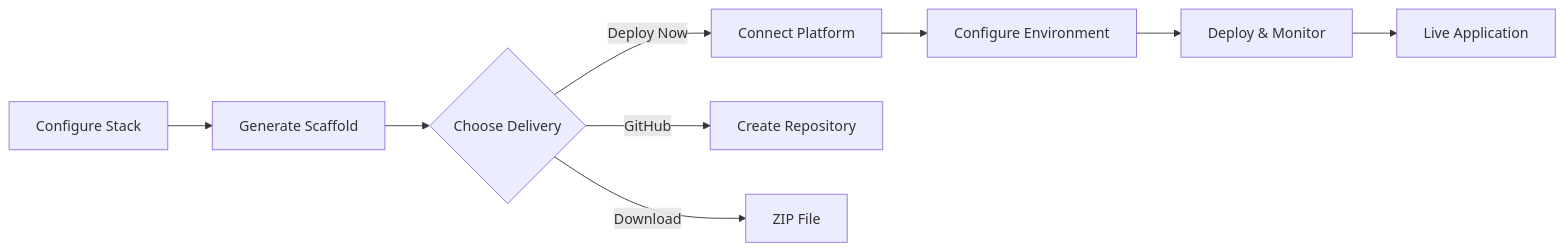
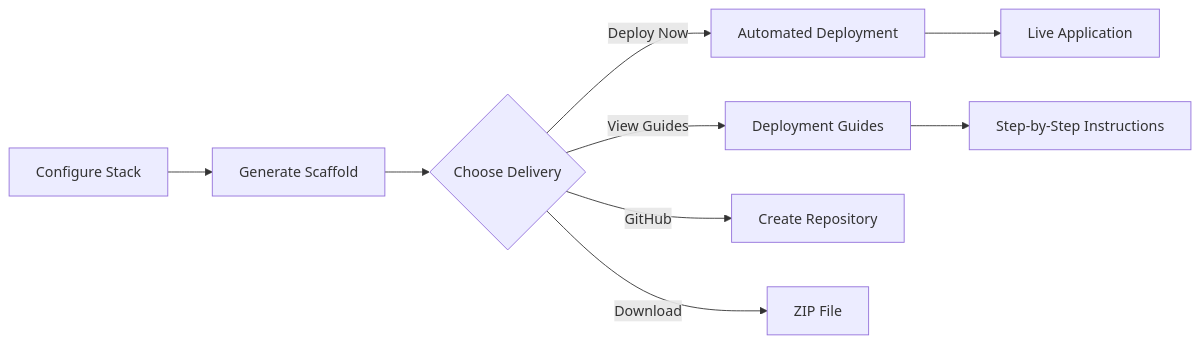
The diagram in README.md (martout2002/Cauldron2Code), drawn with Mermaid before and after one commit. The commit also changed other lines of this file and 98 other files, not shown here.

````diff
--- a/README.md
+++ b/README.md
@@ -20,11 +20,11 @@
 ```mermaid
 graph LR
     A[Configure Stack] --> B[Generate Scaffold]
     B --> C{Choose Delivery}
-    C -->|Deploy Now| D[Connect Platform]
-    C -->|GitHub| E[Create Repository]
-    C -->|Download| F[ZIP File]
-    D --> G[Configure Environment]
-    G --> H[Deploy & Monitor]
-    H --> I[Live Application]
+    C -->|Deploy Now| D[Automated Deployment]
+    C -->|View Guides| E[Deployment Guides]
+    C -->|GitHub| F[Create Repository]
+    C -->|Download| G[ZIP File]
+    D --> H[Live Application]
+    E --> I[Step-by-Step Instructions]
 ```
````
